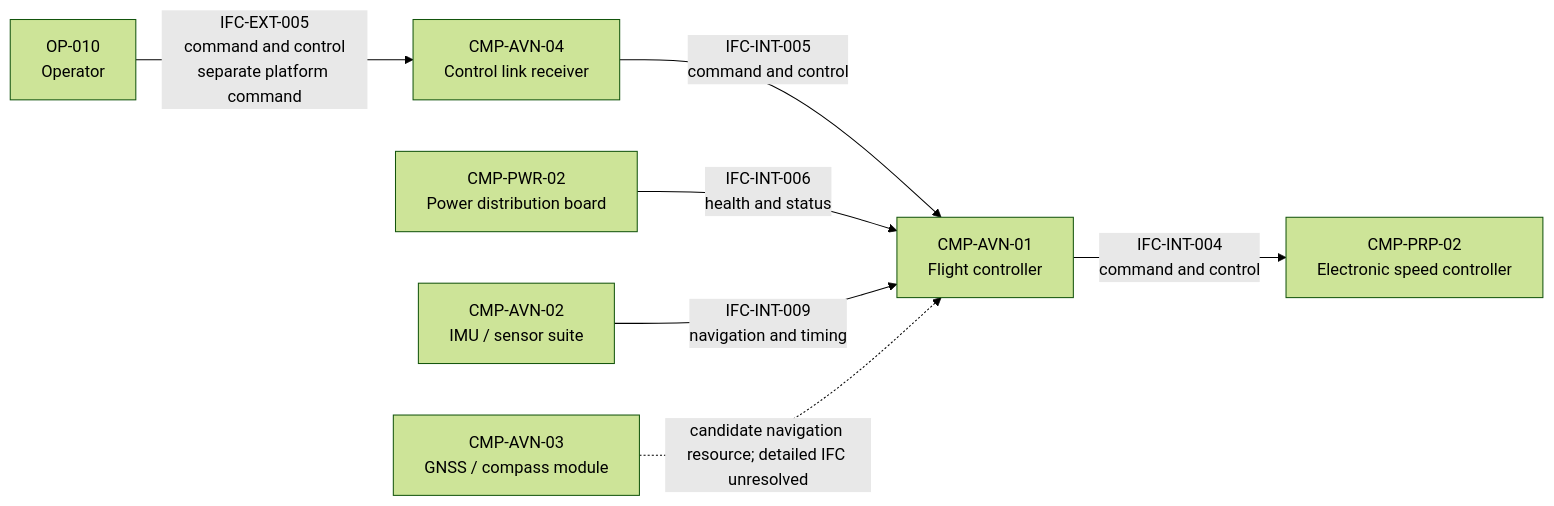
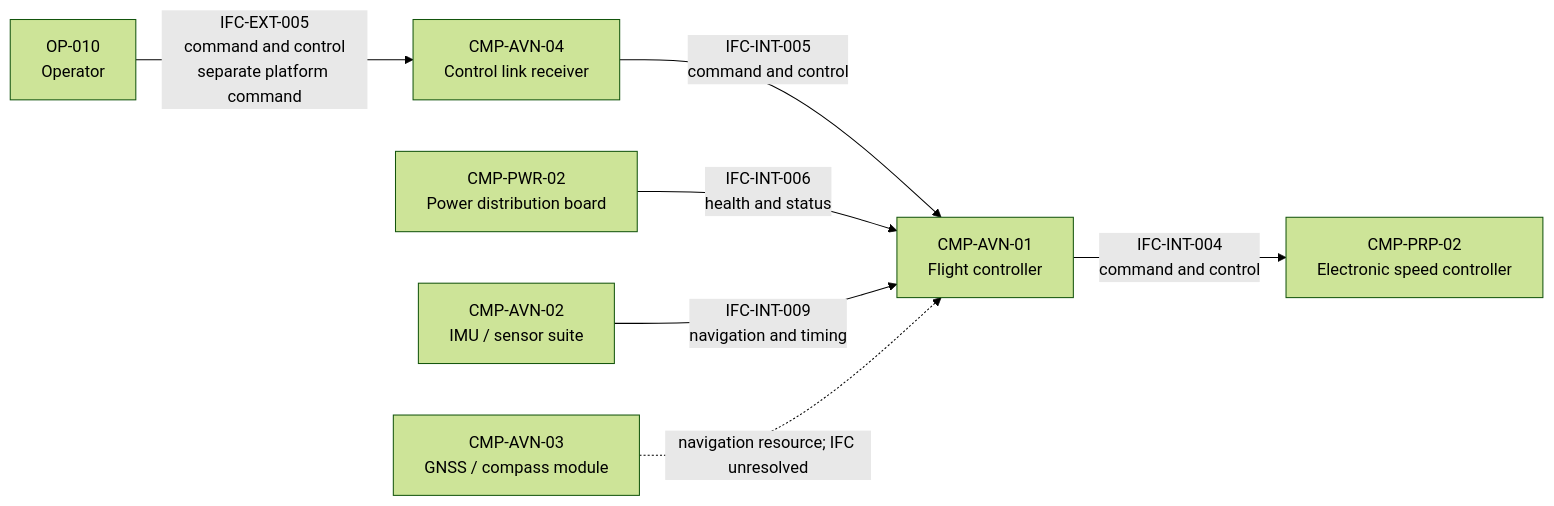
One commit to noahstephenson/low-cost-relay-uas changed the sixth of 17 diagrams in reports/architecture-views.md. Above: the diagram before and after it, drawn with Mermaid (forest theme). The commit also changed other lines of this file and 28 other files, not shown here.

Commit message:
Simplify and consolidate architecture repository

````diff
--- a/reports/architecture-views.md
+++ b/reports/architecture-views.md
@@ -145,17 +145,17 @@
 ```mermaid
 flowchart LR
     %% Configuration scope: CFG-REP / CFG-DOM
     OP_010["OP-010<br/>Operator"]
     CMP_AVN_01["CMP-AVN-01<br/>Flight controller"]
     CMP_AVN_02["CMP-AVN-02<br/>IMU / sensor suite"]
     CMP_AVN_03["CMP-AVN-03<br/>GNSS / compass module"]
     CMP_AVN_04["CMP-AVN-04<br/>Control link receiver"]
     CMP_PRP_02["CMP-PRP-02<br/>Electronic speed controller"]
     CMP_PWR_02["CMP-PWR-02<br/>Power distribution board"]
     OP_010 -->|"IFC-EXT-005<br/>command and control<br/>separate platform command"| CMP_AVN_04
     CMP_AVN_04 -->|"IFC-INT-005<br/>command and control"| CMP_AVN_01
     CMP_AVN_01 -->|"IFC-INT-004<br/>command and control"| CMP_PRP_02
     CMP_PWR_02 -->|"IFC-INT-006<br/>health and status"| CMP_AVN_01
     CMP_AVN_02 -->|"IFC-INT-009<br/>navigation and timing"| CMP_AVN_01
-    CMP_AVN_03 -.->|"candidate navigation resource; detailed IFC unresolved"| CMP_AVN_01
+    CMP_AVN_03 -.->|"navigation resource; IFC unresolved"| CMP_AVN_01
 ```
````
